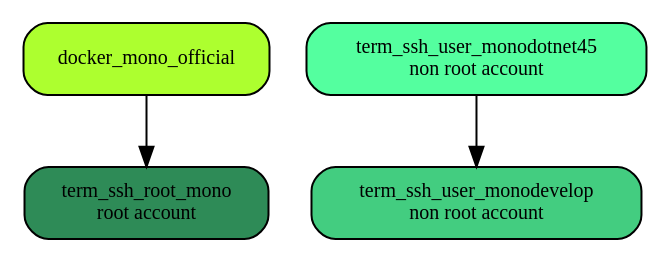
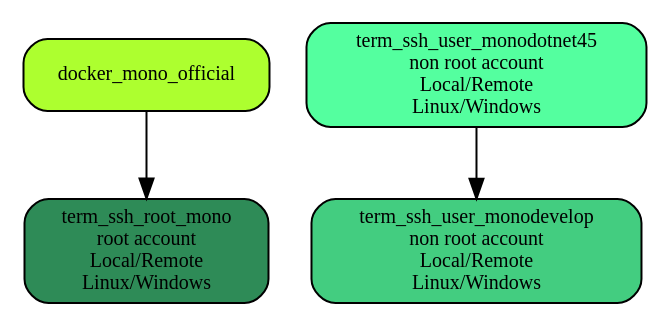
One commit to marchandd/docker_index changed the diagram in graph2.dot. Above: the diagram before and after it, drawn with Graphviz. The commit also changed 7 other files, not shown here.

```diff
--- a/graph2.dot
+++ b/graph2.dot
@@ -1,9 +1,9 @@
 digraph docker
 {
  "mono" [label="docker_mono_official",shape=box,fillcolor="greenyellow",style="filled,rounded", fontsize="10.0"];
- "term_ssh_root_mono" [label="term_ssh_root_mono\nroot account",shape=box,fillcolor="seagreen",style="filled,rounded", fontsize="10.0"];
- "term_ssh_user_monodotnet45" [label="term_ssh_user_monodotnet45\nnon root account",shape=box,fillcolor="seagreen1",style="filled,rounded", fontsize="10.0"];
- "term_ssh_user_monodevelop" [label="term_ssh_user_monodevelop\nnon root account",shape=box,fillcolor="seagreen3",style="filled,rounded", fontsize="10.0"];
+ "term_ssh_root_mono" [label="term_ssh_root_mono\nroot account\nLocal/Remote\nLinux/Windows",shape=box,fillcolor="seagreen",style="filled,rounded", fontsize="10.0"];
+ "term_ssh_user_monodotnet45" [label="term_ssh_user_monodotnet45\nnon root account\nLocal/Remote\nLinux/Windows",shape=box,fillcolor="seagreen1",style="filled,rounded", fontsize="10.0"];
+ "term_ssh_user_monodevelop" [label="term_ssh_user_monodevelop\nnon root account\nLocal/Remote\nLinux/Windows",shape=box,fillcolor="seagreen3",style="filled,rounded", fontsize="10.0"];
  "mono" -> "term_ssh_root_mono"
  "term_ssh_user_monodotnet45" -> "term_ssh_user_monodevelop";
 }
```
